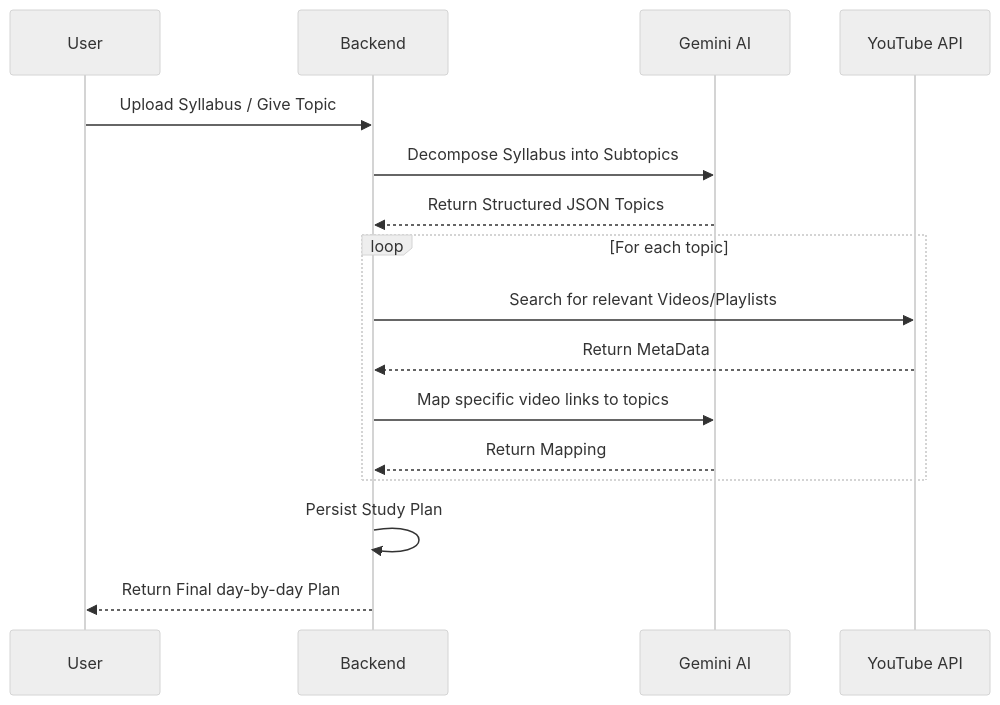
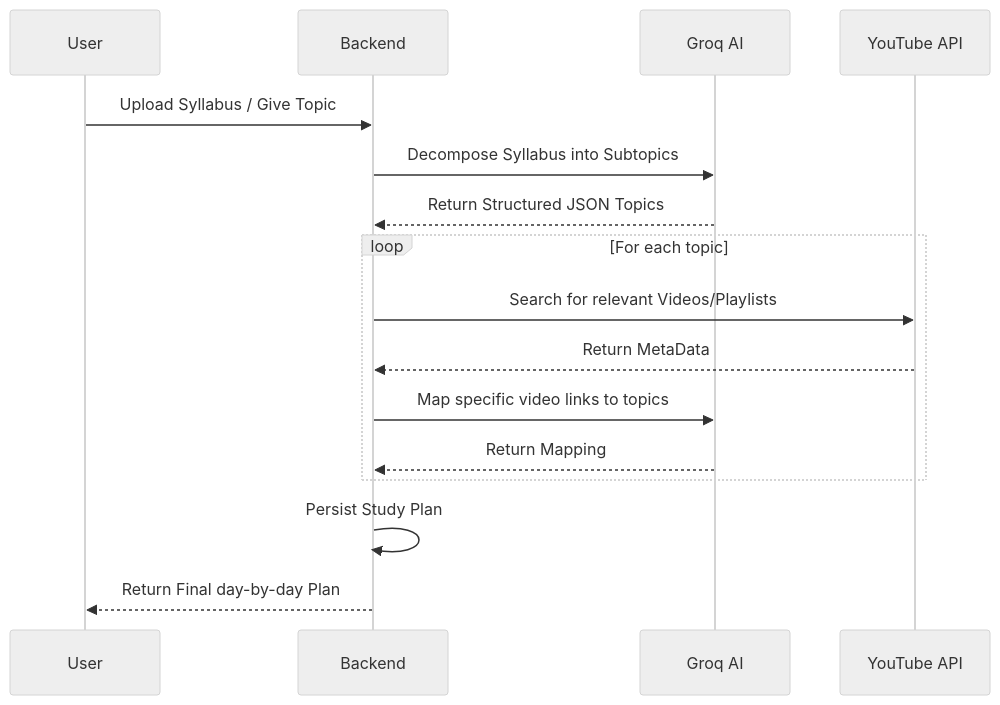
One commit to subh-ghosh/ai-practice-platform changed the second of 2 diagrams in overview.md. Above: the diagram before and after it, drawn with Mermaid (neutral theme). The commit also changed other lines of this file and 28 other files, not shown here.

````diff
--- a/overview.md
+++ b/overview.md
@@ -50,19 +50,19 @@
 ```mermaid
 sequenceDiagram
     participant U as User
     participant B as Backend
-    participant A as Gemini AI
+    participant A as Groq AI
     participant Y as YouTube API
     
     U->>B: Upload Syllabus / Give Topic
     B->>A: Decompose Syllabus into Subtopics
     A-->>B: Return Structured JSON Topics
     loop For each topic
         B->>Y: Search for relevant Videos/Playlists
         Y-->>B: Return MetaData
         B->>A: Map specific video links to topics
         A-->>B: Return Mapping
     end
     B->>B: Persist Study Plan
     B-->>U: Return Final day-by-day Plan
 ```
````
